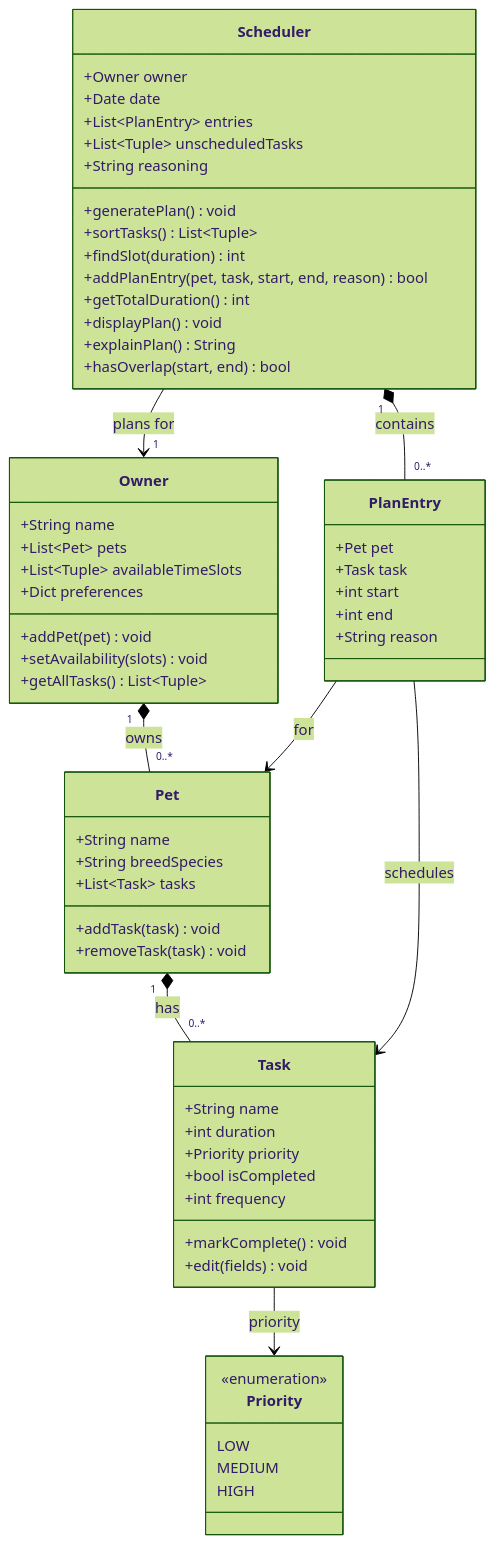
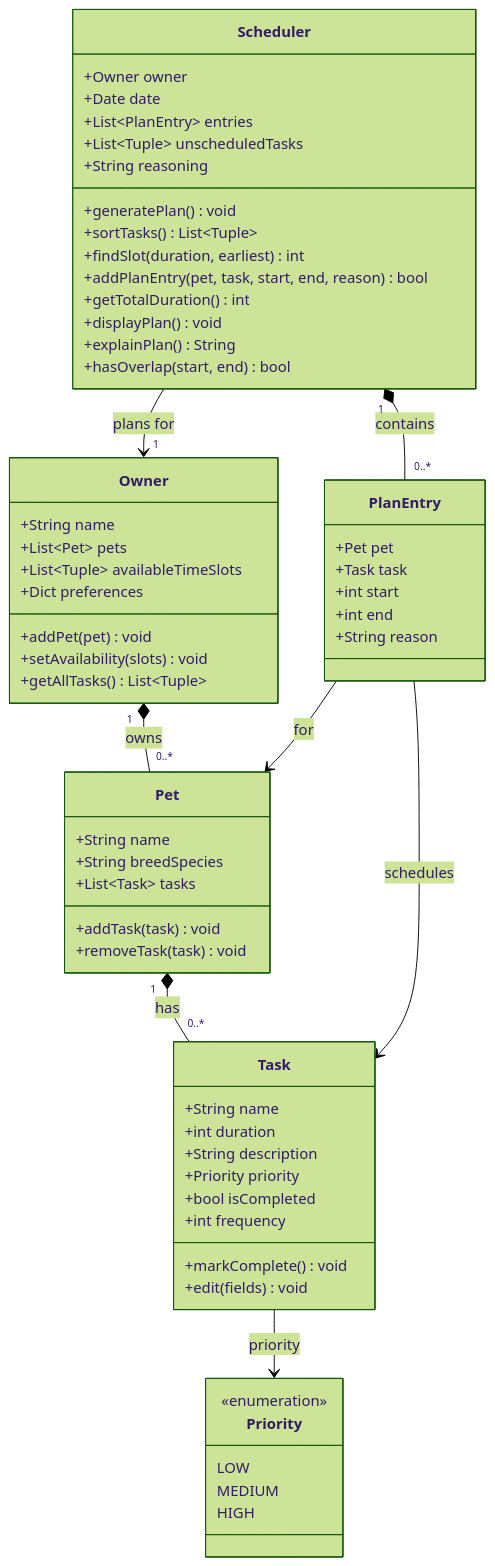
Before and after one commit to Kaila141/ai110-module2show-pawpal-starter: the diagram in diagrams/uml_draft.mmd, drawn with Mermaid (forest theme). The commit also changed 3 other files, not shown here.

```diff
--- a/diagrams/uml_draft.mmd
+++ b/diagrams/uml_draft.mmd
@@ -1,71 +1,72 @@
 classDiagram
     %% All times are ints: minutes since midnight (8:00 AM = 480)
     %% availableTimeSlots: list of (start, end) tuples
     %% getAllTasks / unscheduledTasks: list of (Pet, Task) tuples
     %% Task.frequency: times per day, entered by the owner
     class Owner {
         +String name
         +List~Pet~ pets
         +List~Tuple~ availableTimeSlots
         +Dict preferences
         +addPet(pet) void
         +setAvailability(slots) void
         +getAllTasks() List~Tuple~
     }
 
     class Pet {
         +String name
         +String breedSpecies
         +List~Task~ tasks
         +addTask(task) void
         +removeTask(task) void
     }
 
     class Task {
         +String name
         +int duration
+        +String description
         +Priority priority
         +bool isCompleted
         +int frequency
         +markComplete() void
         +edit(fields) void
     }
 
     class Priority {
         <<enumeration>>
         LOW
         MEDIUM
         HIGH
     }
 
     class PlanEntry {
         +Pet pet
         +Task task
         +int start
         +int end
         +String reason
     }
 
     class Scheduler {
         +Owner owner
         +Date date
         +List~PlanEntry~ entries
         +List~Tuple~ unscheduledTasks
         +String reasoning
         +generatePlan() void
         +sortTasks() List~Tuple~
-        +findSlot(duration) int
+        +findSlot(duration, earliest) int
         +addPlanEntry(pet, task, start, end, reason) bool
         +getTotalDuration() int
         +displayPlan() void
         +explainPlan() String
         +hasOverlap(start, end) bool
     }
 
     Owner "1" *-- "0..*" Pet : owns
     Pet "1" *-- "0..*" Task : has
     Task --> Priority : priority
     Scheduler "1" *-- "0..*" PlanEntry : contains
     PlanEntry --> Pet : for
     PlanEntry --> Task : schedules
     Scheduler --> "1" Owner : plans for
```
